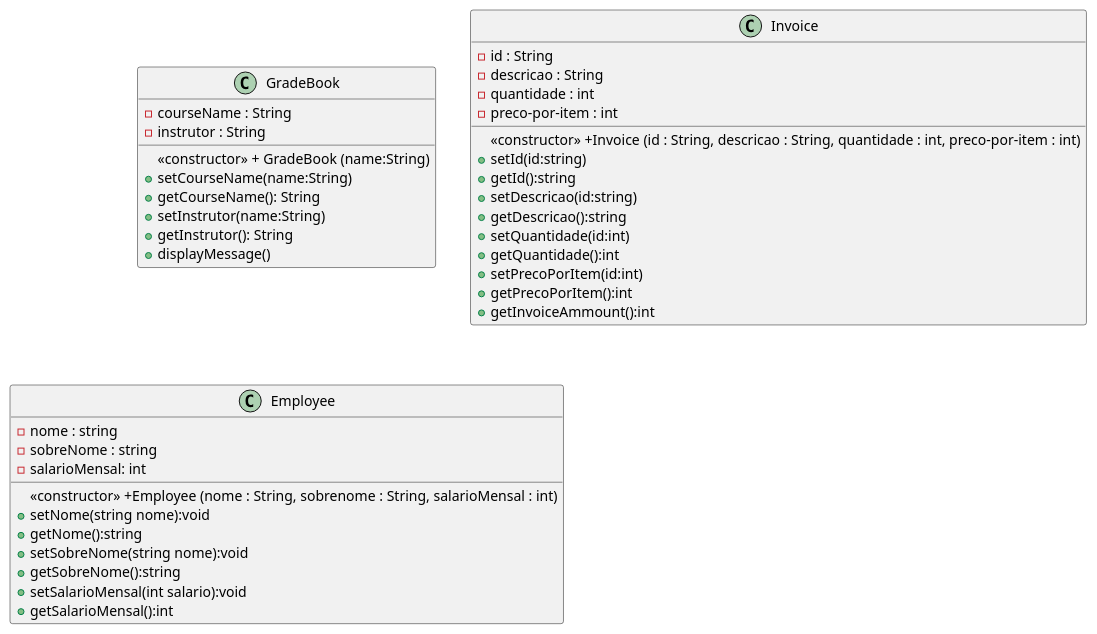
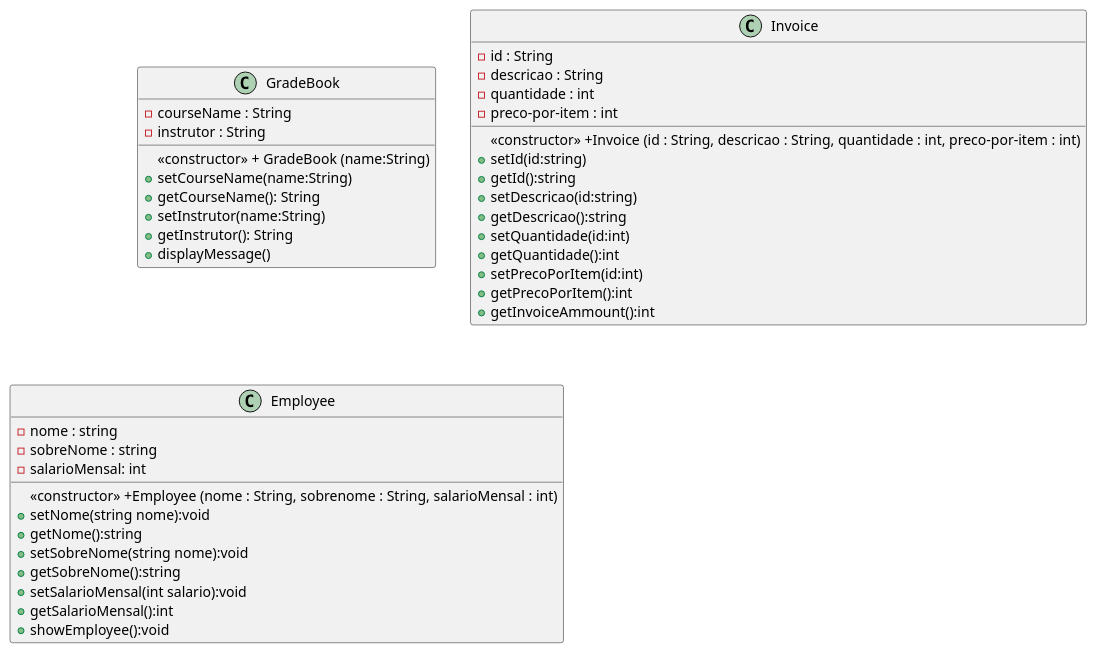
The diagram in c++/Deitel/src/cap03/GradeBook.puml (marcuswlima/learning), drawn with PlantUML before and after one commit. The commit also changed 4 other files, not shown here.

```diff
--- a/c++/Deitel/src/cap03/GradeBook.puml
+++ b/c++/Deitel/src/cap03/GradeBook.puml
@@ -1,43 +1,44 @@
 @startuml
 class GradeBook {
   <<constructor>> + GradeBook (name:String)
   - courseName : String
   - instrutor : String
   + setCourseName(name:String)
   + getCourseName(): String
   + setInstrutor(name:String)
   + getInstrutor(): String
   + displayMessage()
 }
 
 class Invoice{
   <<constructor>> +Invoice (id : String, descricao : String, quantidade : int, preco-por-item : int)
   - id : String
   - descricao : String
   - quantidade : int
   - preco-por-item : int
   + setId(id:string)
   + getId():string 
   + setDescricao(id:string)
   + getDescricao():string 
   + setQuantidade(id:int)
   + getQuantidade():int
   + setPrecoPorItem(id:int)
   + getPrecoPorItem():int
   + getInvoiceAmmount():int
 }
 
 class Employee {
   - nome : string
   - sobreNome : string
   - salarioMensal: int
   <<constructor>> +Employee (nome : String, sobrenome : String, salarioMensal : int)
   + setNome(string nome):void
   + getNome():string
   + setSobreNome(string nome):void
   + getSobreNome():string
   + setSalarioMensal(int salario):void
   + getSalarioMensal():int
+  + showEmployee():void
   
 }
 @enduml
```
